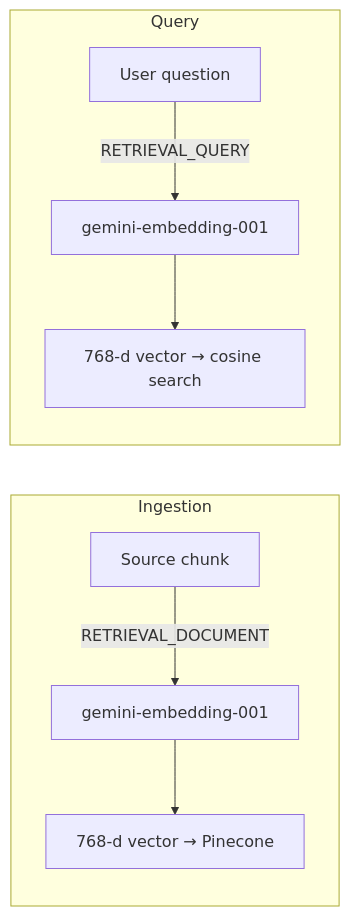
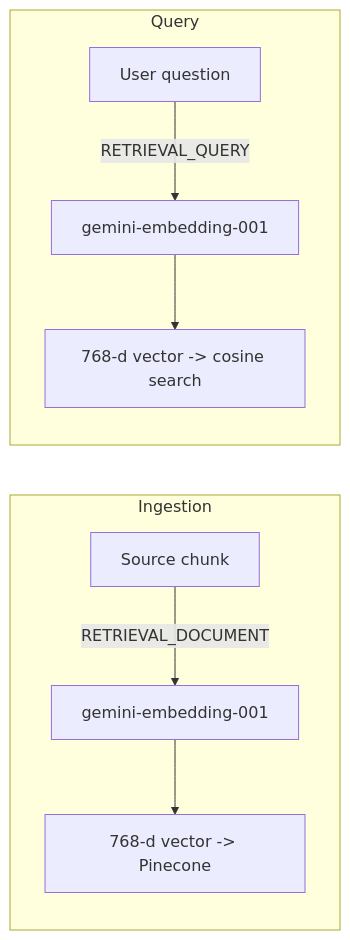
One commit to hoangsonww/AI-RAG-Assistant-Chatbot changed the fourth of 11 diagrams in RAG.md. Above: the diagram before and after it, drawn with Mermaid. The commit also changed other lines of this file and 32 other files, not shown here.

First line of the commit message:
feat(rag): add hybrid Pinecone+Neo4j retrieval, graph ingestion, and CLI graph management

````diff
--- a/RAG.md
+++ b/RAG.md
@@ -187,11 +234,11 @@
 ```mermaid
 graph LR
   subgraph Ingestion
     D["Source chunk"] -->|RETRIEVAL_DOCUMENT| EM["gemini-embedding-001"]
-    EM --> V1["768-d vector → Pinecone"]
+    EM --> V1["768-d vector -> Pinecone"]
   end
   subgraph Query
     Q["User question"] -->|RETRIEVAL_QUERY| EM2["gemini-embedding-001"]
-    EM2 --> V2["768-d vector → cosine search"]
+    EM2 --> V2["768-d vector -> cosine search"]
   end
 ```
````
